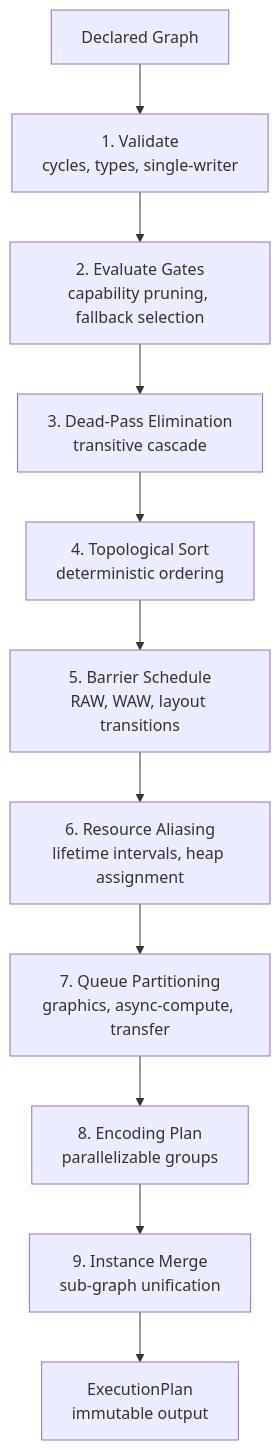
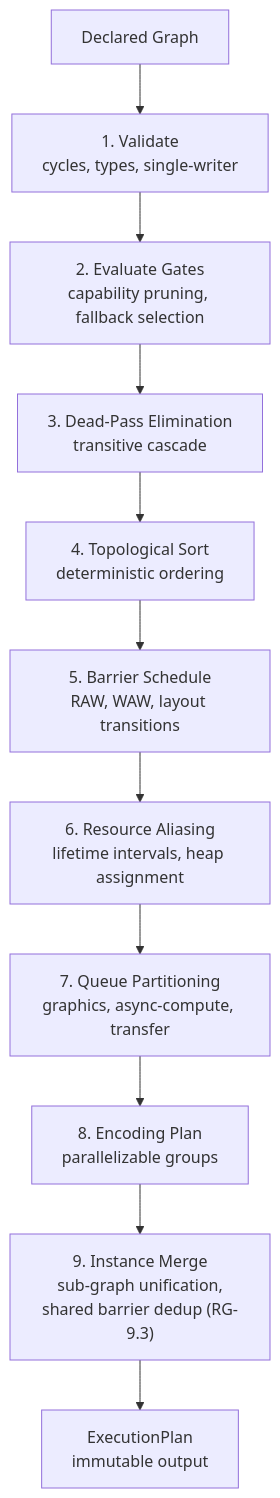
The fourth of 10 diagrams in docs/design/render-graph-design.md (harmonius-dev/harmonius), drawn with Mermaid before and after one commit. The commit also changed other lines of this file and 10 other files, not shown here.

````diff
--- a/docs/design/render-graph-design.md
+++ b/docs/design/render-graph-design.md
@@ -724,16 +754,16 @@
 ```mermaid
 flowchart TD
     DG["Declared Graph"]
     V["1. Validate<br/>cycles, types, single-writer"]
     GE["2. Evaluate Gates<br/>capability pruning, fallback selection"]
     DP["3. Dead-Pass Elimination<br/>transitive cascade"]
     TS["4. Topological Sort<br/>deterministic ordering"]
     BS["5. Barrier Schedule<br/>RAW, WAW, layout transitions"]
     RA["6. Resource Aliasing<br/>lifetime intervals, heap assignment"]
     QP["7. Queue Partitioning<br/>graphics, async-compute, transfer"]
     EG["8. Encoding Plan<br/>parallelizable groups"]
-    IM["9. Instance Merge<br/>sub-graph unification"]
+    IM["9. Instance Merge<br/>sub-graph unification,<br/>shared barrier dedup (RG-9.3)"]
     EP["ExecutionPlan<br/>immutable output"]
 
     DG --> V --> GE --> DP --> TS --> BS --> RA --> QP --> EG --> IM --> EP
 ```
````
